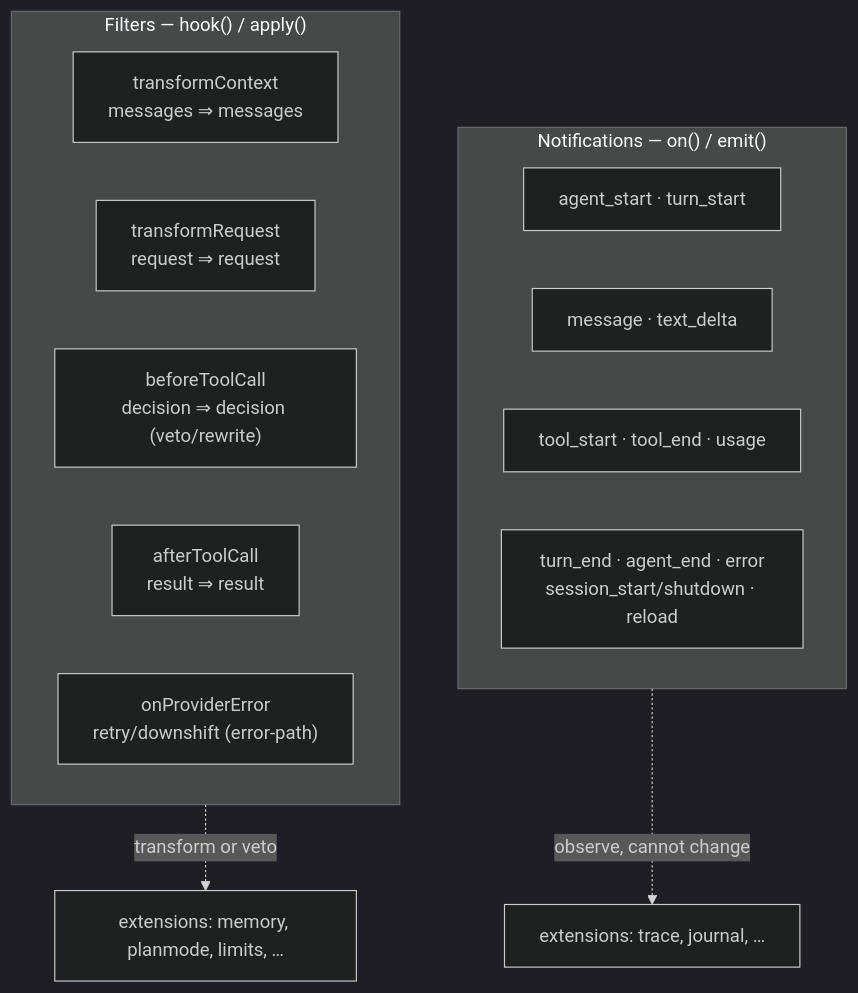
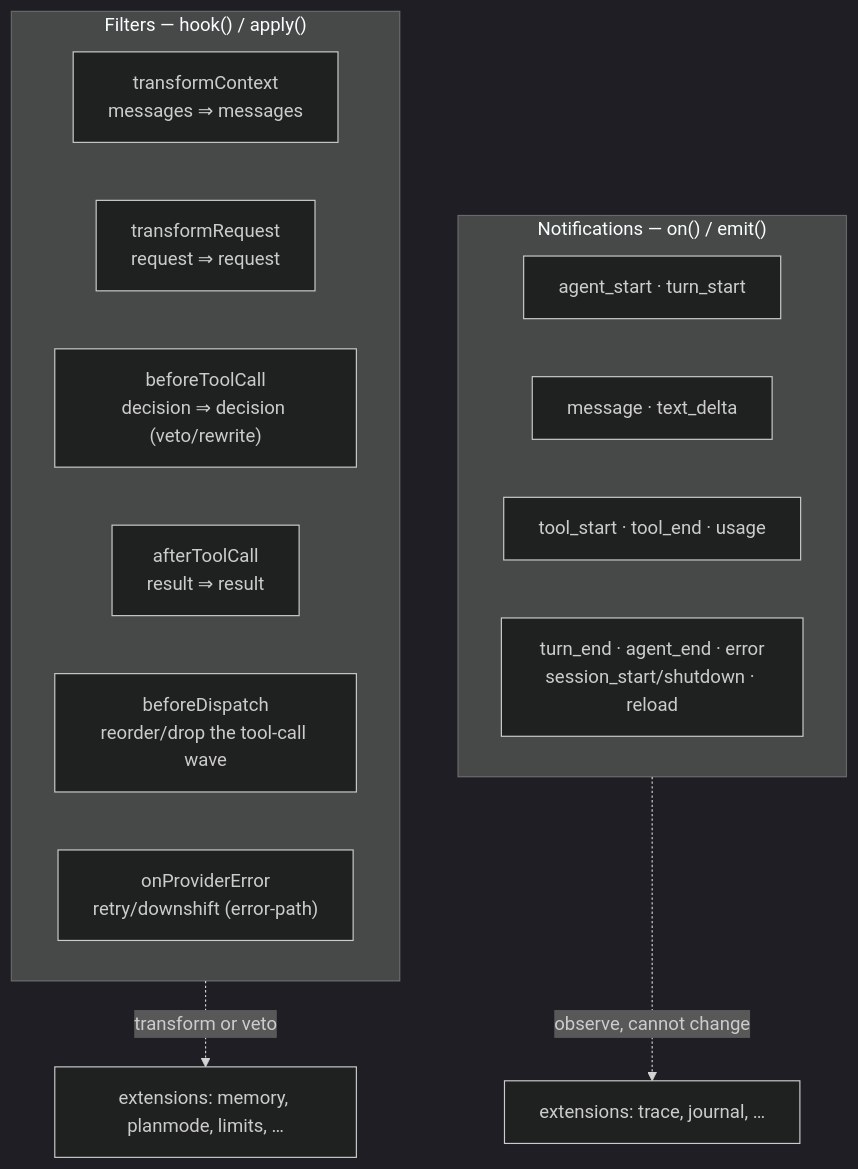
Before and after one commit to caohaotiantian/EAgent: the fourth of 10 diagrams in ARCHITECTURE.md, drawn with Mermaid (dark theme). The commit also changed other lines of this file and 7 other files, not shown here.

First line of the commit message:
docs(before-dispatch): close Wave 6a — five->six filter reconciliation, closure blocks

````diff
--- a/ARCHITECTURE.md
+++ b/ARCHITECTURE.md
@@ -146,20 +146,21 @@
 ```mermaid
 flowchart TB
     subgraph N["Notifications — on() / emit()"]
         direction LR
         NA["agent_start · turn_start"]
         NB["message · text_delta"]
         NC["tool_start · tool_end · usage"]
         ND["turn_end · agent_end · error<br/>session_start/shutdown · reload"]
     end
     subgraph F["Filters — hook() / apply()"]
         direction LR
         FA["transformContext<br/>messages ⇒ messages"]
         FB["transformRequest<br/>request ⇒ request"]
         FC["beforeToolCall<br/>decision ⇒ decision (veto/rewrite)"]
         FD["afterToolCall<br/>result ⇒ result"]
-        FE["onProviderError<br/>retry/downshift (error-path)"]
+        FE["beforeDispatch<br/>reorder/drop the tool-call wave"]
+        FF["onProviderError<br/>retry/downshift (error-path)"]
     end
     N -.->|"observe, cannot change"| OUT1["extensions: trace, journal, …"]
     F -.->|"transform or veto"| OUT2["extensions: memory, planmode, limits, …"]
 ```
````
